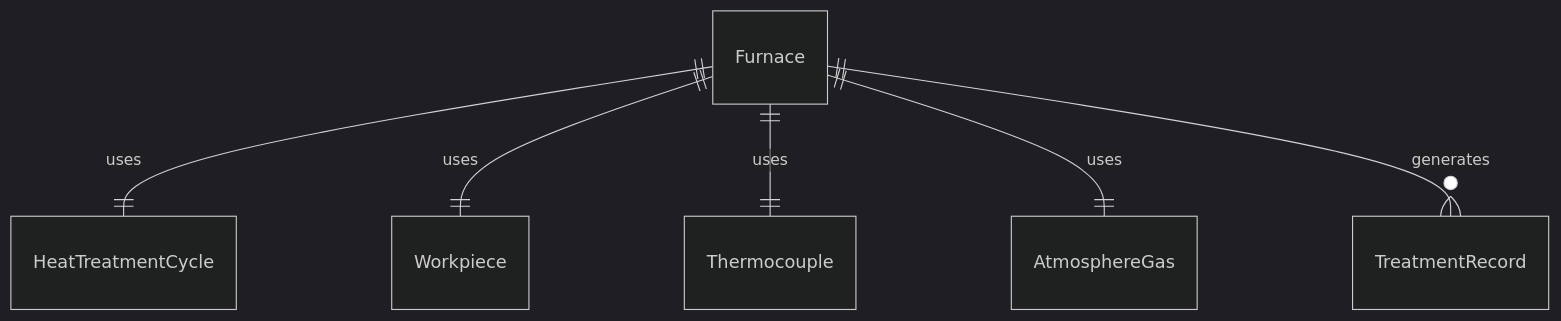
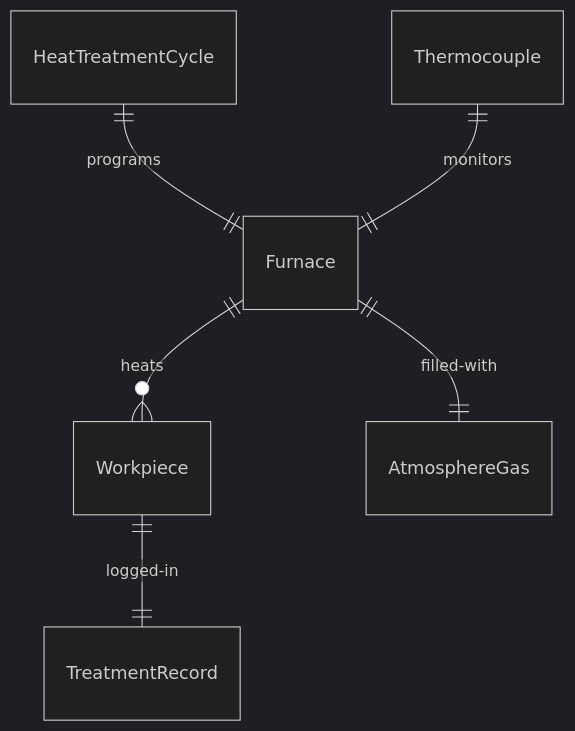
The first of 4 diagrams in HandlingAndMovingObjects/PrepareIndustrialMaterialsForProcessingOrUse/HeatMaterialWorkpiecesPrepareComplete.mdx (dot-org-ai/tasks.org.ai), drawn with Mermaid (dark theme) before and after one commit. The commit also changed other lines of this file and 515 other files, not shown here.

````diff
--- a/HandlingAndMovingObjects/PrepareIndustrialMaterialsForProcessingOrUse/HeatMaterialWorkpiecesPrepareComplete.mdx
+++ b/HandlingAndMovingObjects/PrepareIndustrialMaterialsForProcessingOrUse/HeatMaterialWorkpiecesPrepareComplete.mdx
@@ -88,8 +88,8 @@
 ```mermaid
 erDiagram
-    Furnace ||--|| HeatTreatmentCycle : "uses"
-    Furnace ||--|| Workpiece : "uses"
-    Furnace ||--|| Thermocouple : "uses"
-    Furnace ||--|| AtmosphereGas : "uses"
-    Furnace ||--o{ TreatmentRecord : "generates"
+    Furnace ||--o{ Workpiece : "heats"
+    Furnace ||--|| AtmosphereGas : "filled-with"
+    HeatTreatmentCycle ||--|| Furnace : "programs"
+    Thermocouple ||--|| Furnace : "monitors"
+    Workpiece ||--|| TreatmentRecord : "logged-in"
 ```
````
